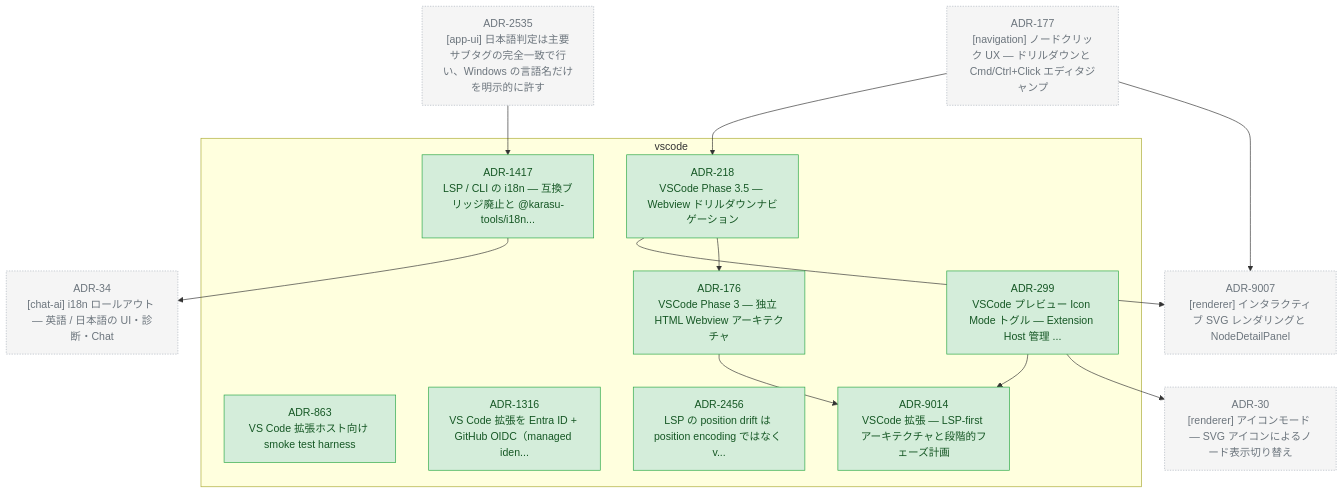
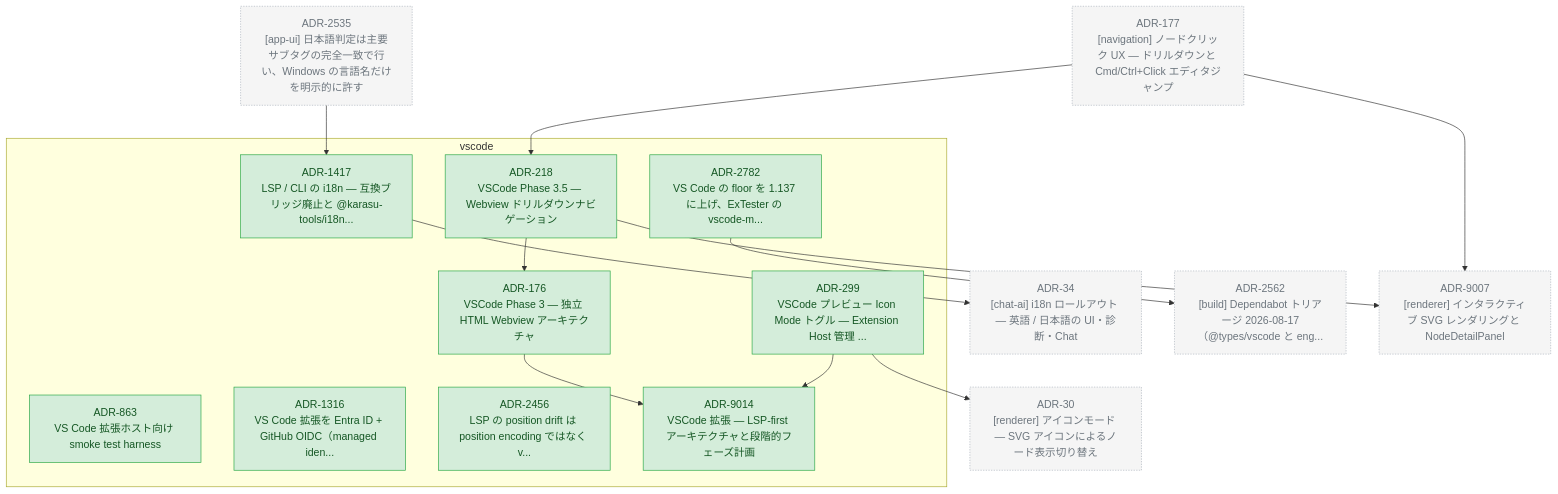
The diagram in docs/adr/graph/vscode.md (kompiro/karasu), drawn with Mermaid before and after one commit. The commit also changed 6 other files, not shown here.

First line of the commit message:
docs(adr): record the VS Code floor at 1.137 capped by ExTester's vscode-max as ADR-2782

````diff
--- a/docs/adr/graph/vscode.md
+++ b/docs/adr/graph/vscode.md
@@ -6,47 +6,52 @@
 ```mermaid
 flowchart TD
   subgraph vscode["vscode"]
     ADR_176["ADR-176<br/>VSCode Phase 3 — 独立 HTML Webview アーキテクチャ"]
     ADR_218["ADR-218<br/>VSCode Phase 3.5 — Webview ドリルダウンナビゲーション"]
     ADR_299["ADR-299<br/>VSCode プレビュー Icon Mode トグル — Extension Host 管理 ..."]
     ADR_863["ADR-863<br/>VS Code 拡張ホスト向け smoke test harness"]
     ADR_1316["ADR-1316<br/>VS Code 拡張を Entra ID + GitHub OIDC（managed iden..."]
     ADR_1417["ADR-1417<br/>LSP / CLI の i18n — 互換ブリッジ廃止と @karasu-tools/i18n..."]
     ADR_2456["ADR-2456<br/>LSP の position drift は position encoding ではなく v..."]
+    ADR_2782["ADR-2782<br/>VS Code の floor を 1.137 に上げ、ExTester の vscode-m..."]
     ADR_9014["ADR-9014<br/>VSCode 拡張 — LSP-first アーキテクチャと段階的フェーズ計画"]
   end
   ADR_30["ADR-30<br/>[renderer] アイコンモード — SVG アイコンによるノード表示切り替え"]
   ADR_34["ADR-34<br/>[chat-ai] i18n ロールアウト — 英語 / 日本語の UI・診断・Chat"]
   ADR_177["ADR-177<br/>[navigation] ノードクリック UX — ドリルダウンと Cmd/Ctrl+Click エディタジャンプ"]
   ADR_2535["ADR-2535<br/>[app-ui] 日本語判定は主要サブタグの完全一致で行い、Windows の言語名だけを明示的に許す"]
+  ADR_2562["ADR-2562<br/>[build] Dependabot トリアージ 2026-08-17（@types/vscode と eng..."]
   ADR_9007["ADR-9007<br/>[renderer] インタラクティブ SVG レンダリングと NodeDetailPanel"]
   ADR_176 --> ADR_9014
   ADR_218 --> ADR_176
   ADR_218 --> ADR_9007
   ADR_299 --> ADR_30
   ADR_299 --> ADR_9014
   ADR_1417 --> ADR_34
+  ADR_2782 --> ADR_2562
   ADR_177 --> ADR_9007
   ADR_177 --> ADR_218
   ADR_2535 --> ADR_1417
 
   classDef accepted fill:#d4edda,stroke:#28a745,color:#155724
   classDef proposed fill:#fff3cd,stroke:#ffc107,color:#856404
   classDef deprecated fill:#f8d7da,stroke:#dc3545,color:#721c24
   classDef superseded fill:#e2e3e5,stroke:#6c757d,color:#383d41
   classDef not_adopted fill:#e2e3e5,stroke:#6c757d,color:#383d41,stroke-dasharray:3 3
   classDef ghost fill:#f5f5f5,stroke:#adb5bd,color:#6c757d,stroke-dasharray:2 2
   class ADR_176 accepted
   class ADR_218 accepted
   class ADR_299 accepted
   class ADR_863 accepted
   class ADR_1316 accepted
   class ADR_1417 accepted
   class ADR_2456 accepted
+  class ADR_2782 accepted
   class ADR_9014 accepted
   class ADR_30 ghost
   class ADR_34 ghost
   class ADR_177 ghost
   class ADR_2535 ghost
+  class ADR_2562 ghost
   class ADR_9007 ghost
 ```
````
